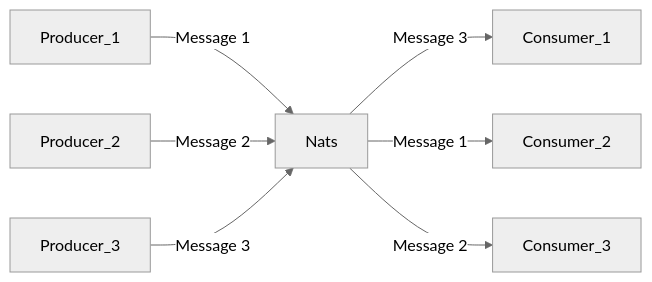
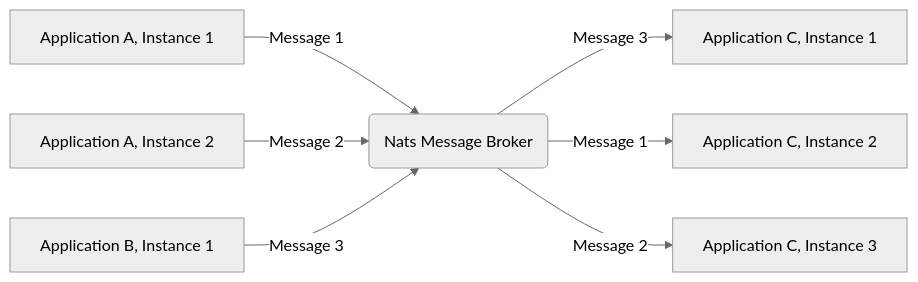
The first of 2 diagrams in README.md (Soontao/cds-nats), drawn with Mermaid (neutral theme) before and after one commit. The commit also changed other lines of this file, not shown here.

````diff
--- a/README.md
+++ b/README.md
@@ -48,11 +52,13 @@
 ```mermaid
 graph LR
 
-Producer_1 -->|Message 1| Nats
-Producer_2 -->|Message 2| Nats
-Producer_3 -->|Message 3| Nats
+Producer_1[Application A, Instance 1] -->|Message 1| Nats
+Producer_2[Application A, Instance 2] -->|Message 2| Nats
+Producer_3[Application B, Instance 1] -->|Message 3| Nats
 
-Nats -->|Message 3| Consumer_1
-Nats -->|Message 1| Consumer_2
-Nats -->|Message 2| Consumer_3
+Nats(Nats Message Broker)
+
+Nats -->|Message 3| Consumer_1[Application C, Instance 1]
+Nats -->|Message 1| Consumer_2[Application C, Instance 2]
+Nats -->|Message 2| Consumer_3[Application C, Instance 3]
 ```
````
